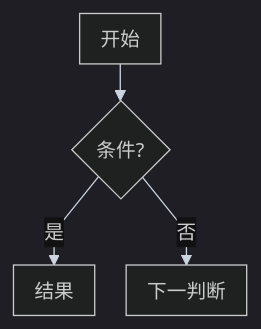
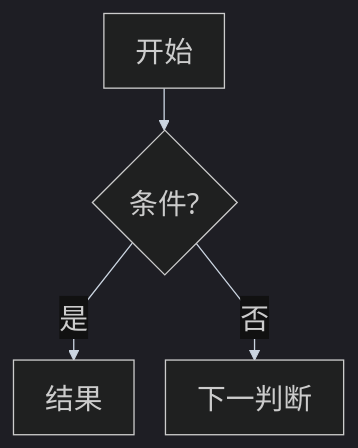
Before and after one commit to juliepy/AI-Engineer-from-scrach: the first of 3 diagrams in .cursor/skills/draw_skill/mermaid_better.md, drawn with Mermaid. The commit also changed other lines of this file and 2 other files, not shown here.

First line of the commit message:
Rewrite Pi events notes around emit/subscribe and update mermaid drawing rules.

````diff
--- a/.cursor/skills/draw_skill/mermaid_better.md
+++ b/.cursor/skills/draw_skill/mermaid_better.md
@@ -24,7 +27,7 @@
 ```mermaid
-%%{init: {"theme": "dark", "flowchart": {"curve": "linear", "rankSpacing": 28, "nodeSpacing": 24, "padding": 8}, "themeVariables": {"fontSize": "15px", "background": "#000000", "lineColor": "#CBD5E1", "edgeLabelBackground": "#111111"}}}%%
+%%{init: {"theme": "dark", "flowchart": {"curve": "linear", "rankSpacing": 32, "nodeSpacing": 24, "padding": 12, "useMaxWidth": false, "htmlLabels": true}, "themeVariables": {"fontSize": "22px", "background": "#000000", "lineColor": "#CBD5E1", "edgeLabelBackground": "#111111"}, "themeCSS": ".nodeLabel,.label,.cluster-label,span{font-size:22px!important}"}}%%
 flowchart TB
     A["开始"] --> Q{"条件?"}
     Q -->|是| Y["结果"]
     Q -->|否| NEXT["下一判断"]
 ```
````
